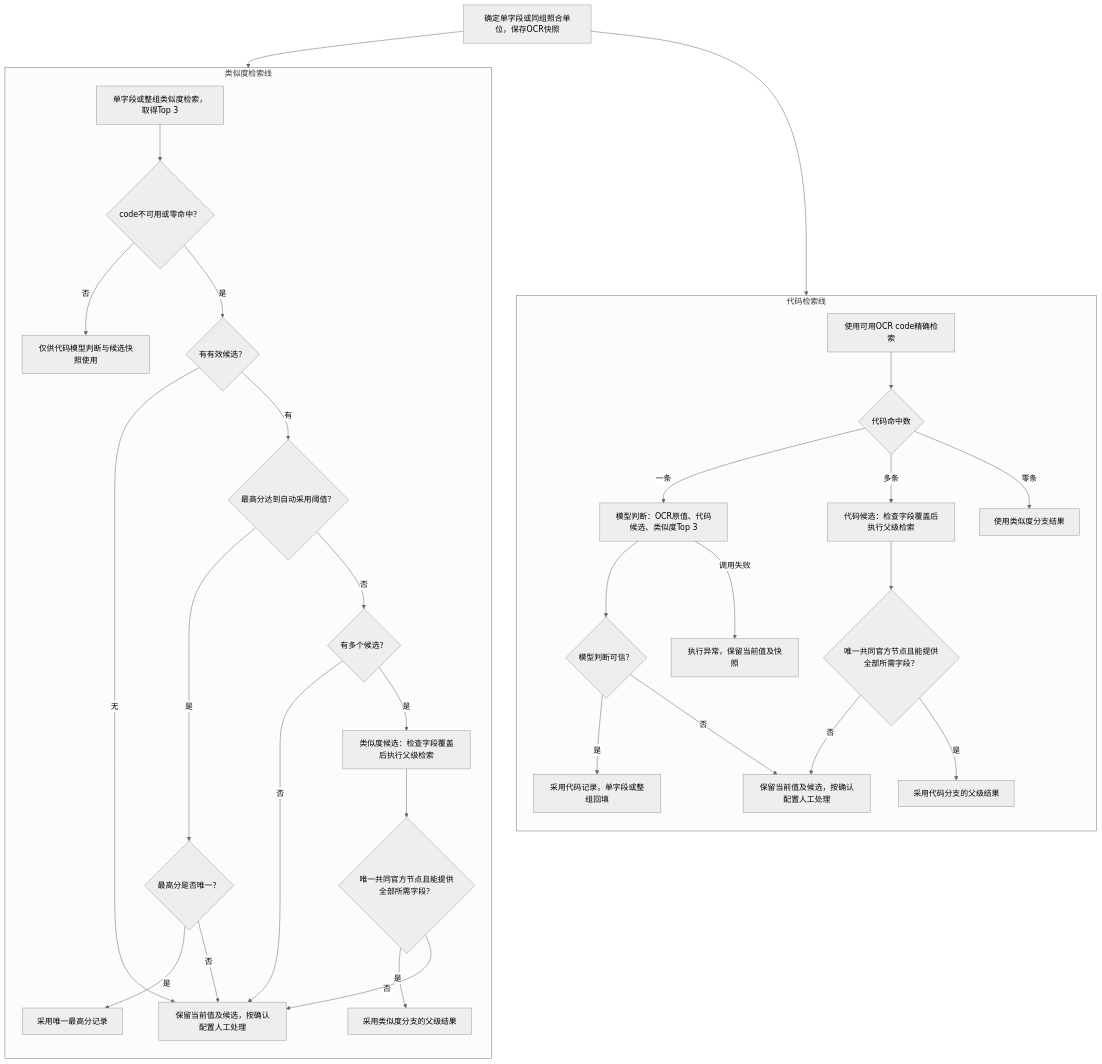
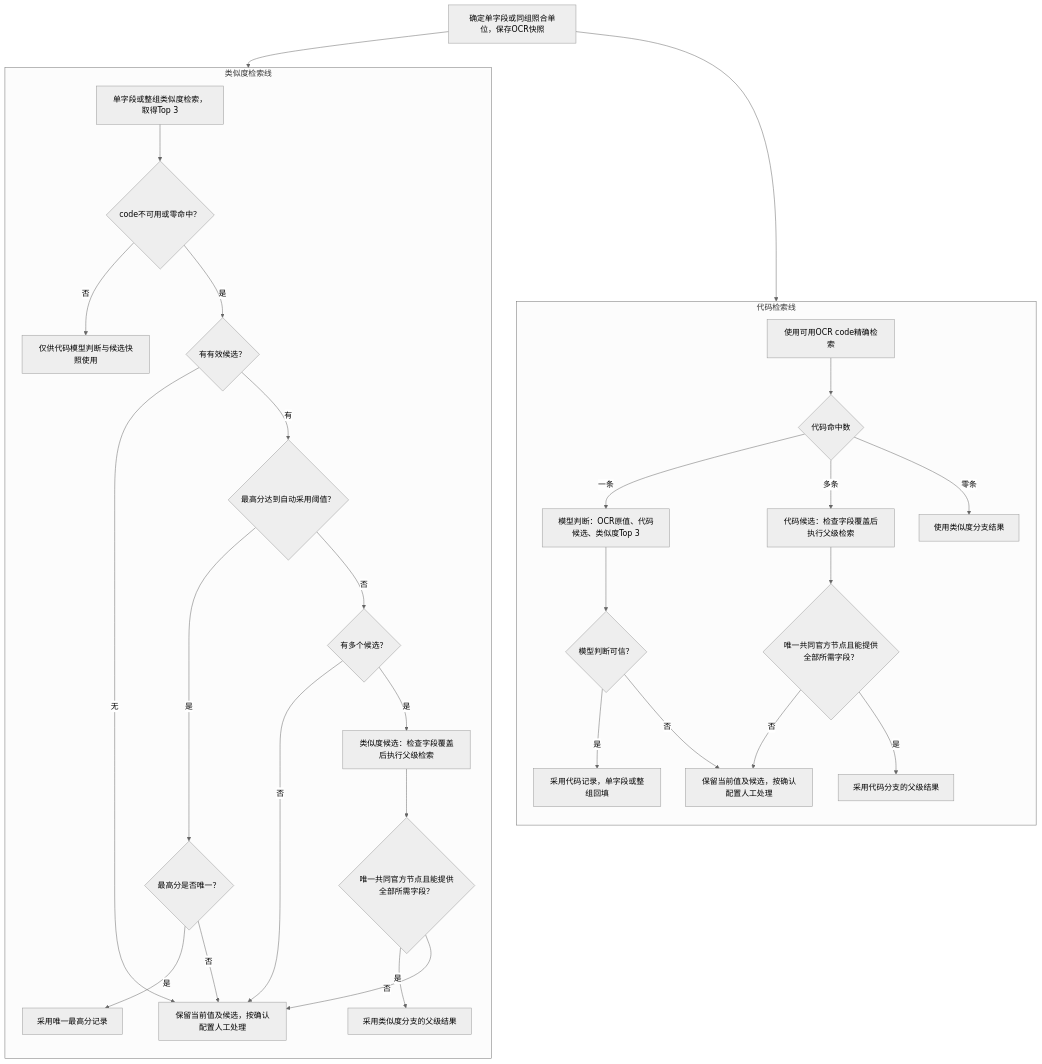
Before and after one commit to aruirage/IDP-Ph3-Demo-PRD: the fourth of 6 diagrams in PRD.zh-CN.md, drawn with Mermaid (neutral theme). The commit also changed other lines of this file and 3 other files, not shown here.

````diff
--- a/PRD.zh-CN.md
+++ b/PRD.zh-CN.md
@@ -547,36 +546,35 @@
 ```mermaid
 flowchart TB
     A["确定单字段或同组照合单位，保存OCR快照"] --> C0
     A --> S0
     subgraph CODE["代码检索线"]
       direction TB
       C0["使用可用OCR code精确检索"] --> C1{"代码命中数"}
       C1 -->|一条| CM["模型判断：OCR原值、代码候选、类似度Top 3"]
       CM --> CT{"模型判断可信？"}
       CT -->|是| CA["采用代码记录，单字段或整组回填"]
       CT -->|否| CR["保留当前值及候选，按确认配置人工处理"]
-      CM -->|调用失败| CE["执行异常，保留当前值及快照"]
       C1 -->|多条| CP["代码候选：检查字段覆盖后执行父级检索"]
       CP --> CF{"唯一共同官方节点且能提供全部所需字段？"}
       CF -->|是| CPA["采用代码分支的父级结果"]
       CF -->|否| CR
       C1 -->|零条| CZ["使用类似度分支结果"]
     end
     subgraph SIM["类似度检索线"]
       direction TB
       S0["单字段或整组类似度检索，取得Top 3"] --> SG{"code不可用或零命中？"}
       SG -->|否| SS["仅供代码模型判断与候选快照使用"]
       SG -->|是| S1{"有有效候选？"}
       S1 -->|无| SR["保留当前值及候选，按确认配置人工处理"]
       S1 -->|有| ST{"最高分达到自动采用阈值？"}
       ST -->|是| SU{"最高分是否唯一？"}
       SU -->|是| SA["采用唯一最高分记录"]
       SU -->|否| SR
       ST -->|否| SN{"有多个候选？"}
       SN -->|否| SR
       SN -->|是| SP["类似度候选：检查字段覆盖后执行父级检索"]
       SP --> SF{"唯一共同官方节点且能提供全部所需字段？"}
       SF -->|是| SPA["采用类似度分支的父级结果"]
       SF -->|否| SR
     end
 ```
````
